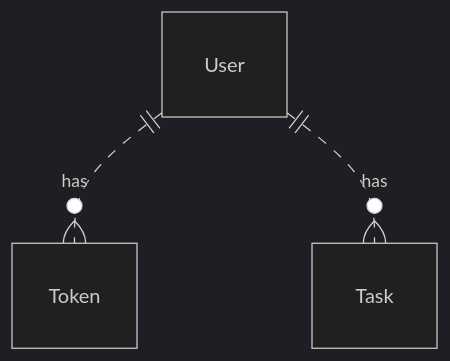
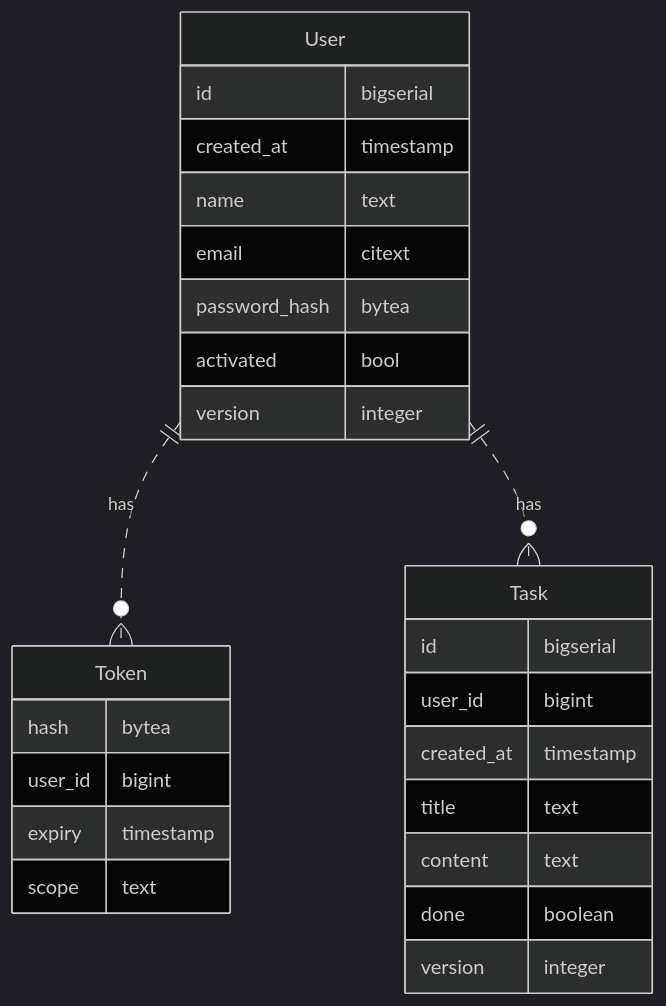
Before and after one commit to unknowntpo/todos: the first of 7 diagrams in README.md, drawn with Mermaid (dark theme). The commit also changed other lines of this file and 2 other files, not shown here.

````diff
--- a/README.md
+++ b/README.md
@@ -12,5 +17,29 @@
 ```mermaid
 erDiagram
-          User ||..o{ Token: has
-          User ||..o{ Task: has
+User {
+    id bigserial
+    created_at timestamp
+    name text
+    email citext
+    password_hash bytea
+    activated bool
+    version integer
+}
+Token {
+    hash bytea
+    user_id bigint
+    expiry timestamp
+    scope text
+}
+Task {
+    id bigserial
+    user_id bigint
+    created_at timestamp
+    title text
+    content text
+    done boolean
+    version integer
+}
+User ||..o{ Token: has
+User ||..o{ Task: has
 ```
````
